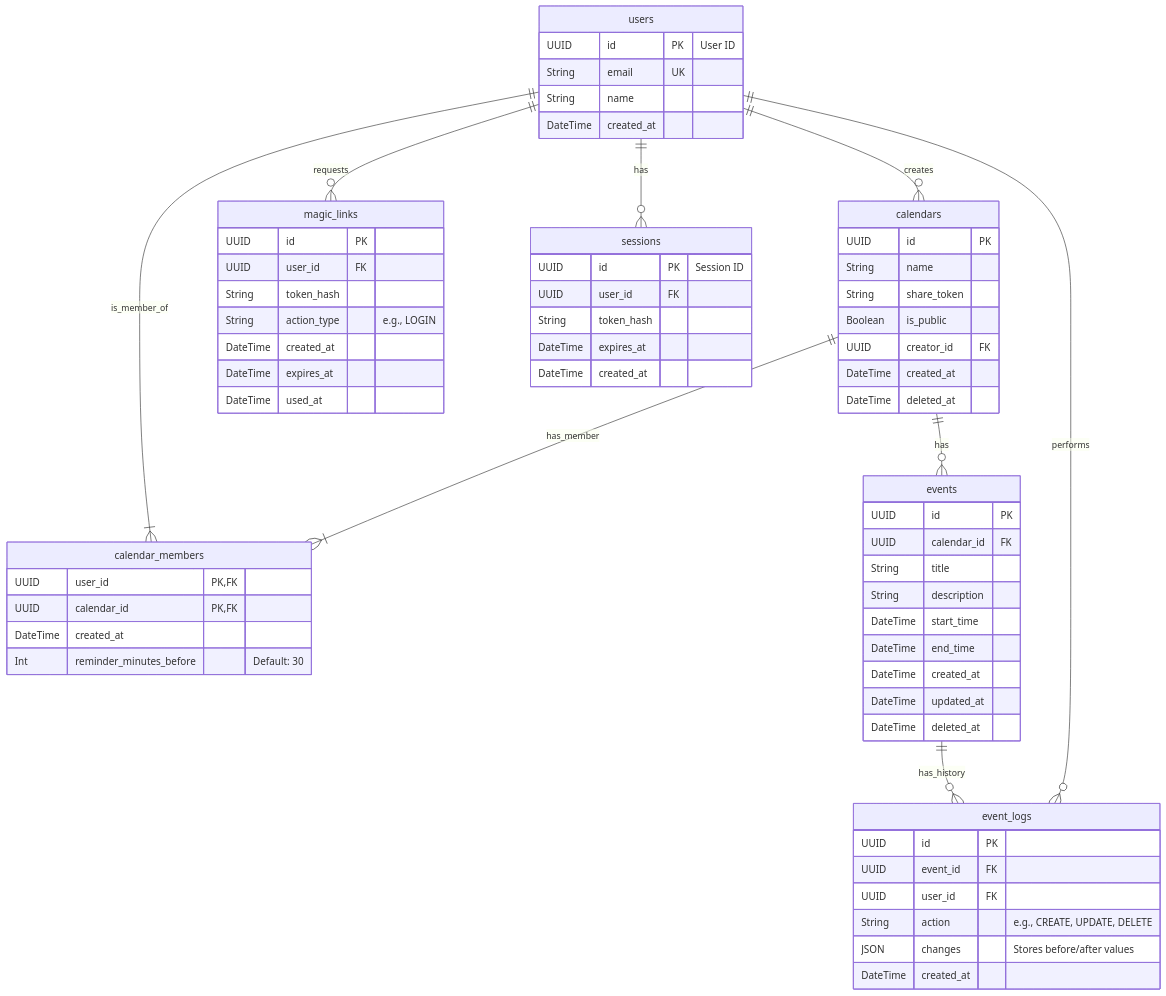
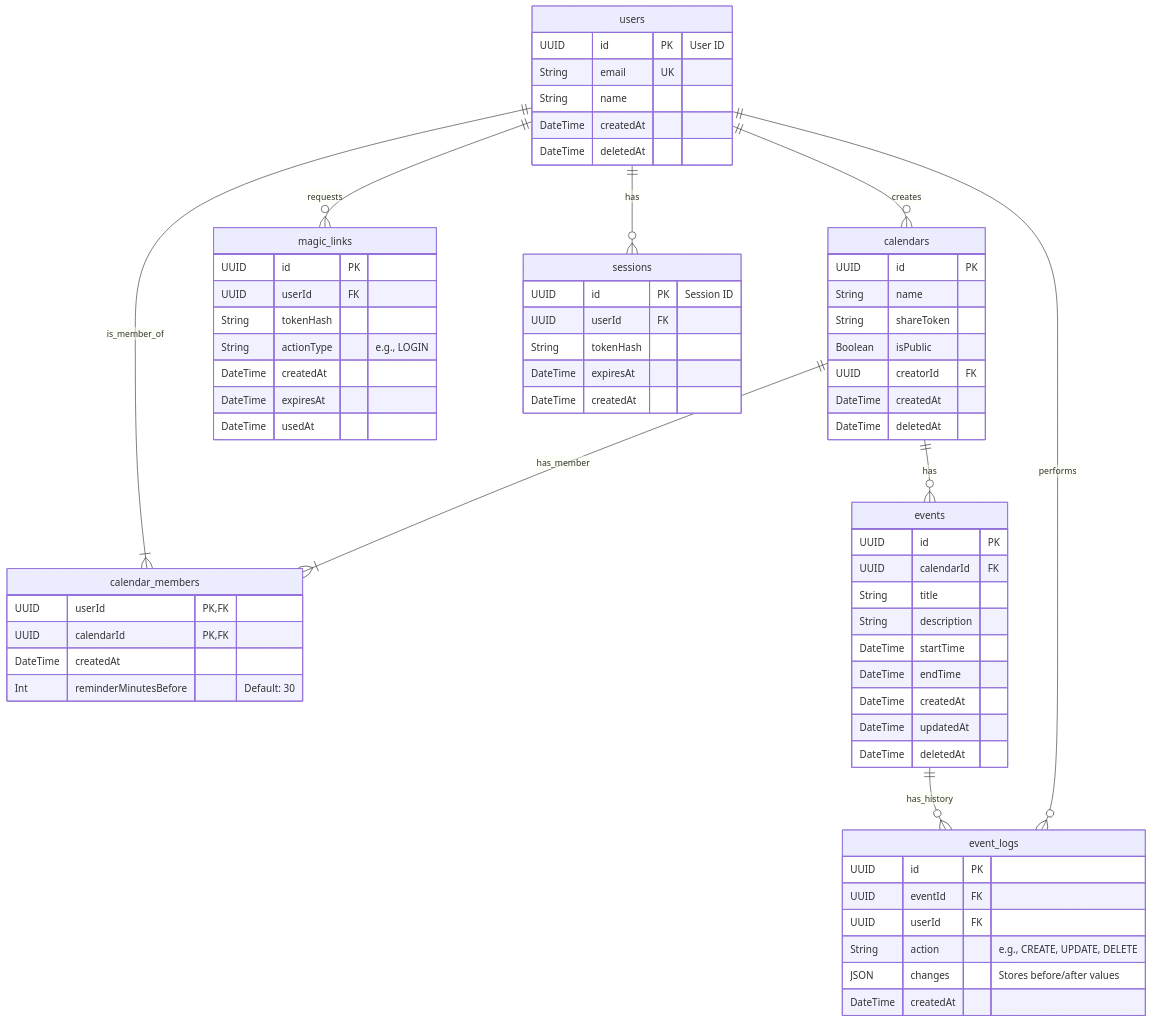
Before and after one commit to jicda18/UnioLoci: the diagram in docs/database-schema.md, drawn with Mermaid. The commit also changed other lines of this file and 36 other files, not shown here.

````diff
--- a/docs/database-schema.md
+++ b/docs/database-schema.md
@@ -22,74 +22,75 @@
 ```mermaid
 erDiagram
     users {
         UUID id PK "User ID"
         String email UK
         String name
-        DateTime created_at
+        DateTime createdAt
+        DateTime deletedAt
     }
 
     calendars {
         UUID id PK
         String name
-        String share_token
-        Boolean is_public
-        UUID creator_id FK
-        DateTime created_at
-        DateTime deleted_at
+        String shareToken
+        Boolean isPublic
+        UUID creatorId FK
+        DateTime createdAt
+        DateTime deletedAt
     }
 
     calendar_members {
-        UUID user_id PK, FK
-        UUID calendar_id PK, FK
-        DateTime created_at
-        Int reminder_minutes_before "Default: 30"
+        UUID userId PK, FK
+        UUID calendarId PK, FK
+        DateTime createdAt
+        Int reminderMinutesBefore "Default: 30"
     }
 
     events {
         UUID id PK
-        UUID calendar_id FK
+        UUID calendarId FK
         String title
         String description
-        DateTime start_time
-        DateTime end_time
-        DateTime created_at
-        DateTime updated_at
-        DateTime deleted_at
+        DateTime startTime
+        DateTime endTime
+        DateTime createdAt
+        DateTime updatedAt
+        DateTime deletedAt
     }
 
     event_logs {
         UUID id PK
-        UUID event_id FK
-        UUID user_id FK
+        UUID eventId FK
+        UUID userId FK
         String action "e.g., CREATE, UPDATE, DELETE"
         JSON changes "Stores before/after values"
-        DateTime created_at
+        DateTime createdAt
     }
 
     magic_links {
         UUID id PK
-        UUID user_id FK
-        String token_hash
-        String action_type "e.g., LOGIN"
-        DateTime created_at
-        DateTime expires_at
-        DateTime used_at
+        UUID userId FK
+        String tokenHash
+        String actionType "e.g., LOGIN"
+        DateTime createdAt
+        DateTime expiresAt
+        DateTime usedAt
     }
 
     sessions {
         UUID id PK "Session ID"
-        UUID user_id FK
-        String token_hash
-        DateTime expires_at
-        DateTime created_at
+        UUID userId FK
+        String tokenHash
+        DateTime expiresAt
+        DateTime createdAt
     }
 
     users ||--o{ calendars : "creates"
     users ||--|{ calendar_members : "is_member_of"
     users ||--o{ sessions : "has"
     calendars ||--|{ calendar_members : "has_member"
     calendars ||--o{ events : "has"
     events ||--o{ event_logs : "has_history"
     users ||--o{ event_logs : "performs"
     users ||--o{ magic_links : "requests"
 ```
````
